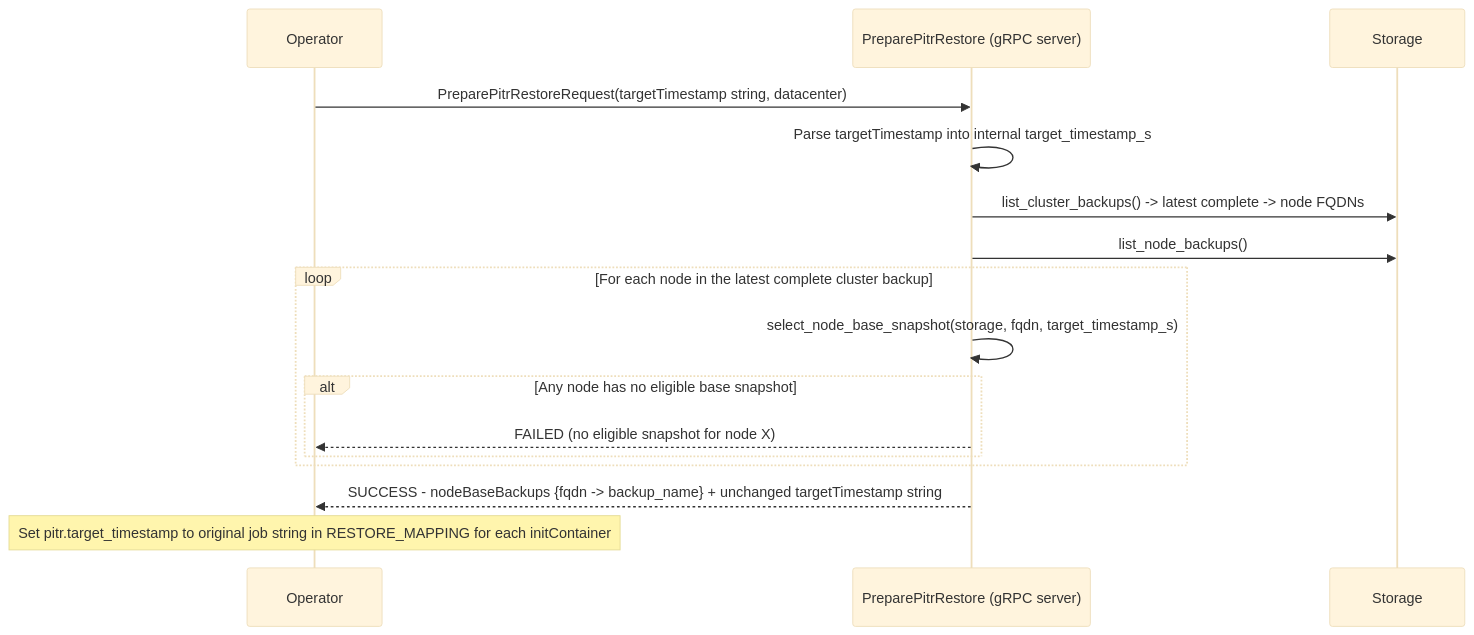
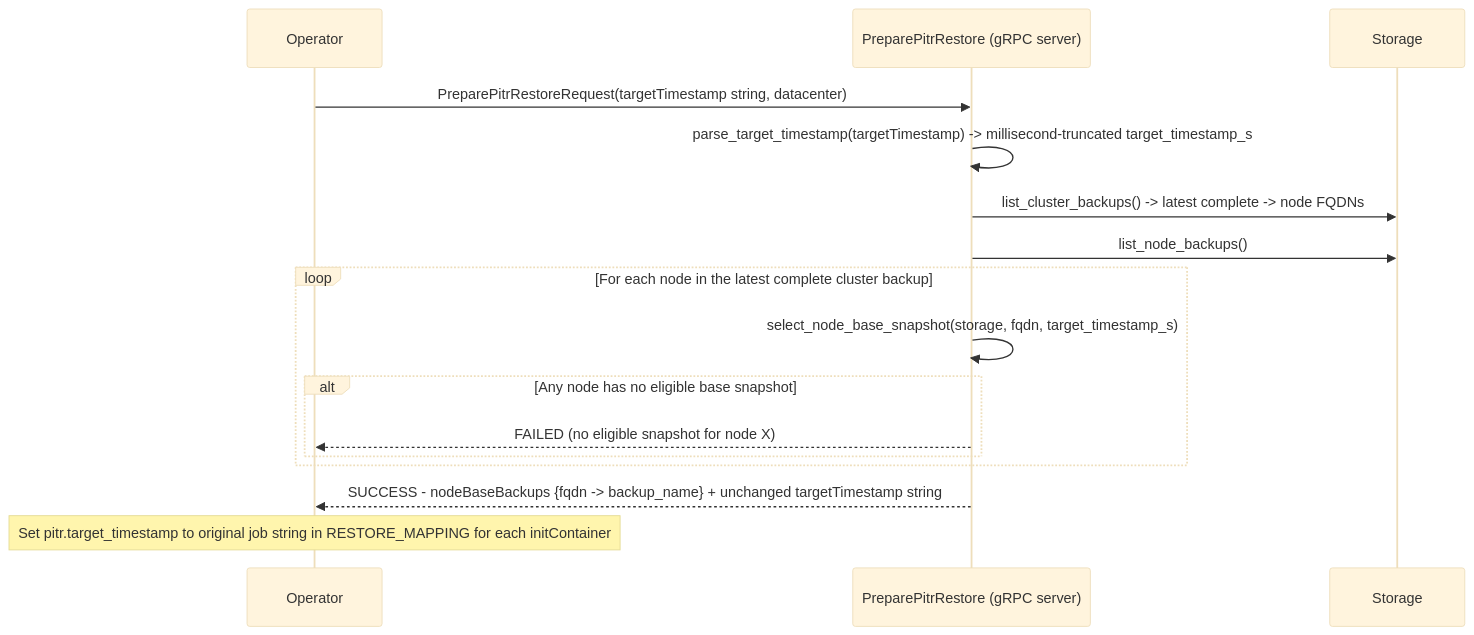
Before and after one commit to thelastpickle/cassandra-medusa: the second of 2 diagrams in docs/superpowers/specs/pitr-design-doc.md, drawn with Mermaid (base theme). The commit also changed other lines of this file and 3 other files, not shown here.

````diff
--- a/docs/superpowers/specs/pitr-design-doc.md
+++ b/docs/superpowers/specs/pitr-design-doc.md
@@ -332,19 +333,19 @@
 ```mermaid
 sequenceDiagram
     participant Operator
     participant RPC as PreparePitrRestore (gRPC server)
     participant Storage
     
     Operator->>RPC: PreparePitrRestoreRequest(targetTimestamp string, datacenter)
-    RPC->>RPC: Parse targetTimestamp into internal target_timestamp_s
+    RPC->>RPC: parse_target_timestamp(targetTimestamp) -> millisecond-truncated target_timestamp_s
     RPC->>Storage: list_cluster_backups() -> latest complete -> node FQDNs
     RPC->>Storage: list_node_backups()
     loop For each node in the latest complete cluster backup
         RPC->>RPC: select_node_base_snapshot(storage, fqdn, target_timestamp_s)
         alt Any node has no eligible base snapshot
             RPC-->>Operator: FAILED (no eligible snapshot for node X)
         end
     end
     RPC-->>Operator: SUCCESS - nodeBaseBackups {fqdn -> backup_name} + unchanged targetTimestamp string
     Note over Operator: Set pitr.target_timestamp to original job string in RESTORE_MAPPING for each initContainer
 ```
````
